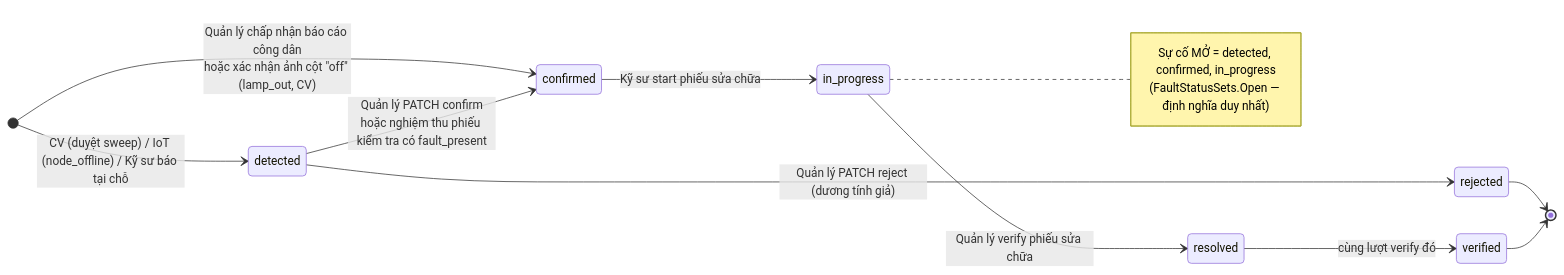
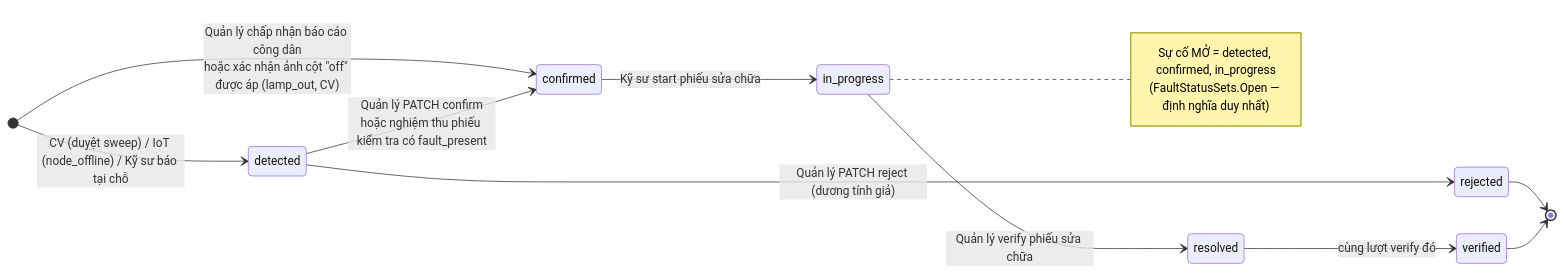
The second of 14 diagrams in docs/state-machines.md (LuxMapLabs/luxmap_backend), drawn with Mermaid before and after one commit. The commit also changed other lines of this file and 1 other file, not shown here.

First line of the commit message:
docs(state-machines): re-check every diagram against the code, add fixture, relay mode and refresh token

````diff
--- a/docs/state-machines.md
+++ b/docs/state-machines.md
@@ -65,18 +80,18 @@
 ```mermaid
 stateDiagram-v2
     direction LR
     [*] --> detected : CV (duyệt sweep) / IoT (node_offline) / Kỹ sư báo tại chỗ
-    [*] --> confirmed : Quản lý chấp nhận báo cáo công dân<br/>hoặc xác nhận ảnh cột "off" (lamp_out, CV)
+    [*] --> confirmed : Quản lý chấp nhận báo cáo công dân<br/>hoặc xác nhận ảnh cột "off" được áp (lamp_out, CV)
     detected --> confirmed : Quản lý PATCH confirm<br/>hoặc nghiệm thu phiếu kiểm tra có fault_present
     detected --> rejected : Quản lý PATCH reject (dương tính giả)
     confirmed --> in_progress : Kỹ sư start phiếu sửa chữa
     in_progress --> resolved : Quản lý verify phiếu sửa chữa
     resolved --> verified : cùng lượt verify đó
     rejected --> [*]
     verified --> [*]
 
     note right of in_progress
         Sự cố MỞ = detected, confirmed, in_progress
         (FaultStatusSets.Open — định nghĩa duy nhất)
     end note
 ```
````
